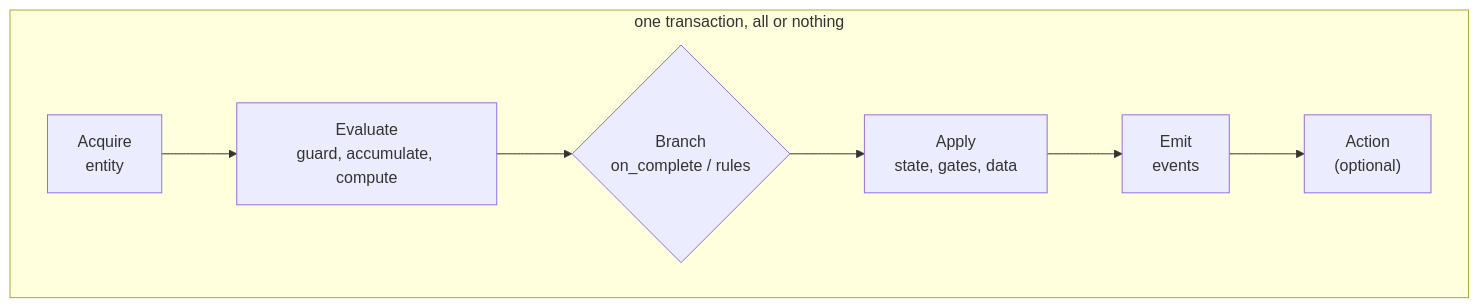
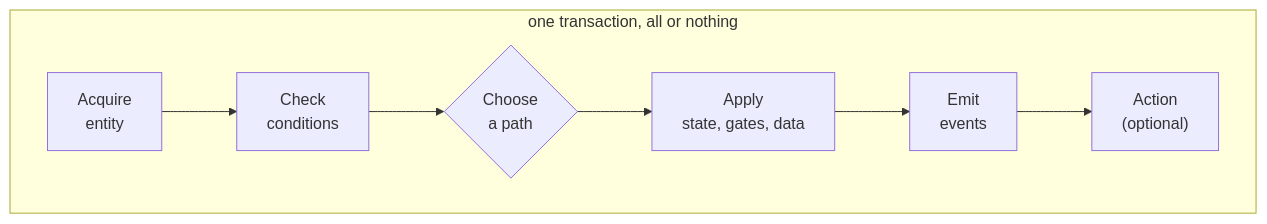
The second of 2 diagrams in concepts/overview.mdx (division-sh/docs), drawn with Mermaid before and after one commit. The commit also changed other lines of this file and 57 other files, not shown here.

````diff
--- a/concepts/overview.mdx
+++ b/concepts/overview.mdx
@@ -82,11 +83,11 @@
 ```mermaid
 flowchart LR
     subgraph tx["one transaction, all or nothing"]
         direction LR
-        A["Acquire<br/>entity"] --> B["Evaluate<br/>guard, accumulate, compute"]
-        B --> C{"Branch<br/>on_complete / rules"}
+        A["Acquire<br/>entity"] --> B["Check<br/>conditions"]
+        B --> C{"Choose<br/>a path"}
         C --> D["Apply<br/>state, gates, data"]
         D --> E["Emit<br/>events"]
         E --> F["Action<br/>(optional)"]
     end
 ```
````
